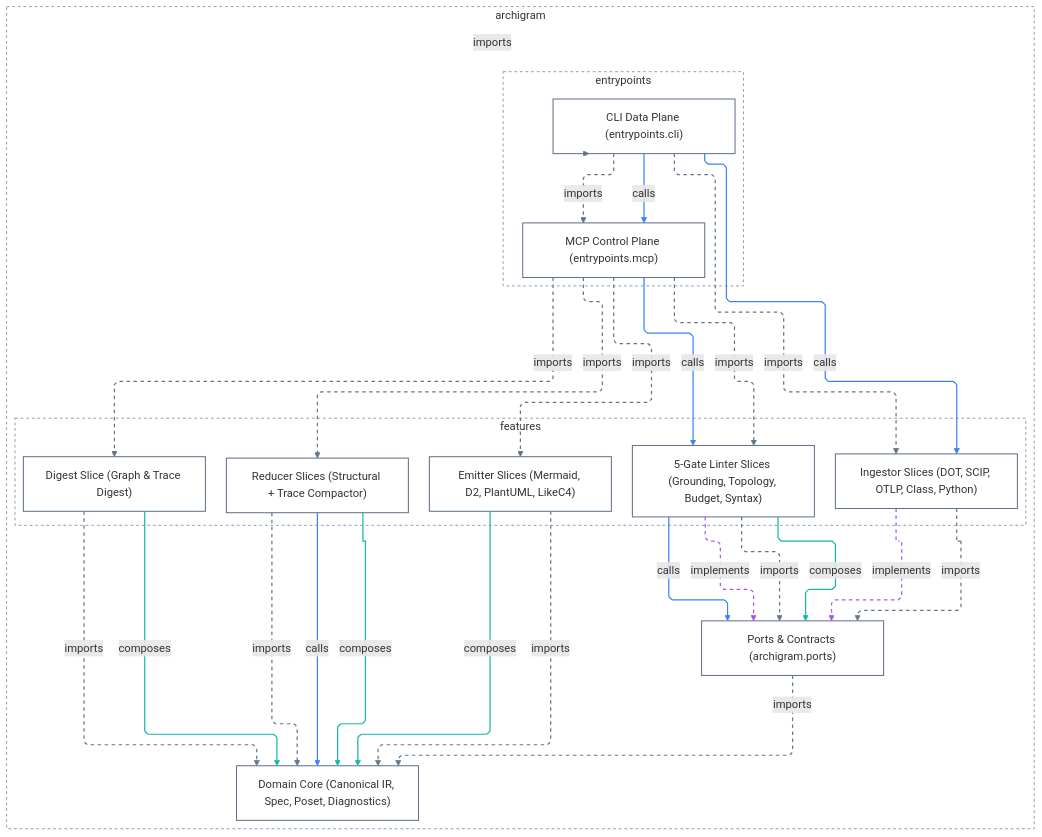
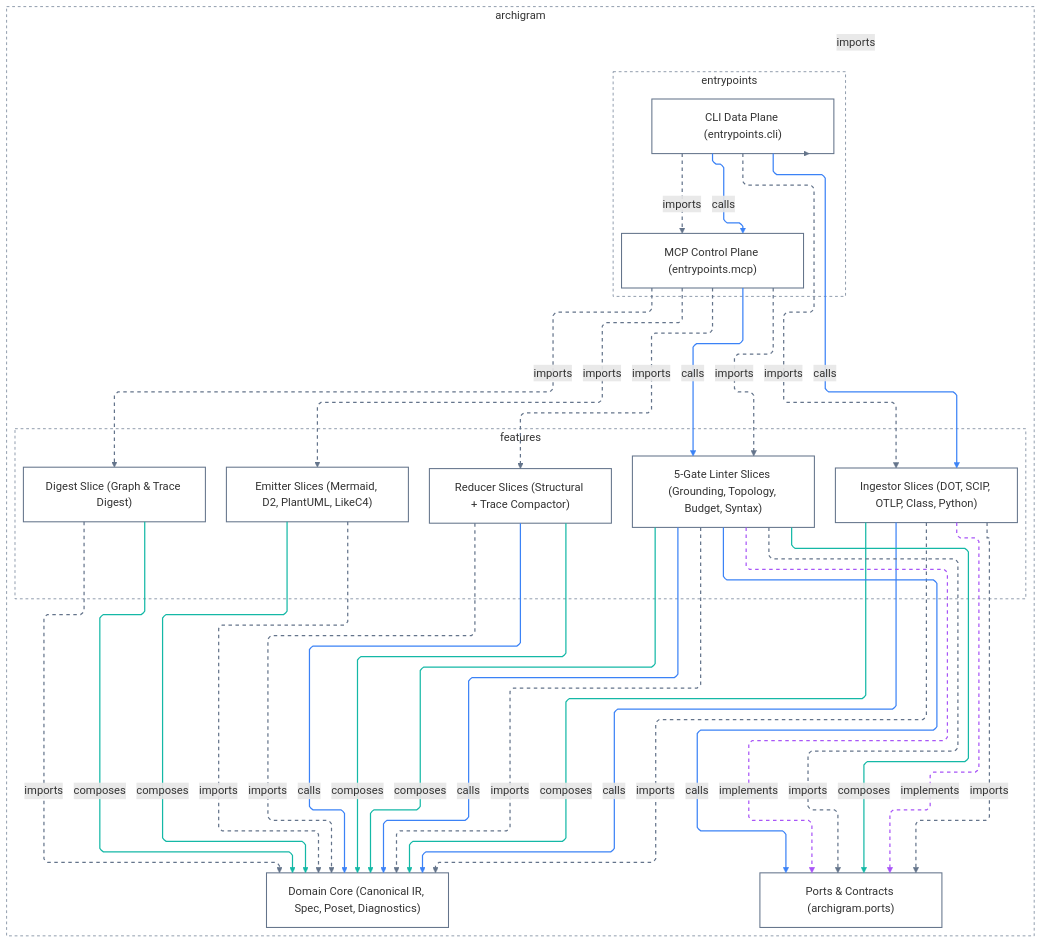
One commit to klcd/archigram changed the diagram in docs/architecture/L0-system-and-rings.md. Above: the diagram before and after it, drawn with Mermaid. The commit also changed 39 other files, not shown here.

````diff
--- a/docs/architecture/L0-system-and-rings.md
+++ b/docs/architecture/L0-system-and-rings.md
@@ -36,60 +36,65 @@
 ```mermaid
 ---
 config:
   layout: elk
   elk:
     mergeEdges: false
     nodePlacementStrategy: BRANDES_KOEPF
   flowchart:
     defaultRenderer: elk
     curve: linear
 ---
 flowchart TD
   classDef default fill:transparent,stroke:#64748b,stroke-width:1.5px
   subgraph n0["archigram"]
     subgraph n1["entrypoints"]
       n3["CLI Data Plane (entrypoints.cli)"]
       n10["MCP Control Plane (entrypoints.mcp)"]
     end
     subgraph n2["features"]
       n5["Digest Slice (Graph & Trace Digest)"]
       n6["Emitter Slices (Mermaid, D2, PlantUML, LikeC4)"]
       n7["Ingestor Slices (DOT, SCIP, OTLP, Class, Python)"]
       n8["5-Gate Linter Slices (Grounding, Topology, Budget, Syntax)"]
       n9["Reducer Slices (Structural + Trace Compactor)"]
     end
     n4["Domain Core (Canonical IR, Spec, Poset, Diagnostics)"]
     n11["Ports & Contracts (archigram.ports)"]
   end
   style n0 fill:transparent,stroke:#64748b,stroke-width:1px,stroke-dasharray:4 4
   style n1 fill:transparent,stroke:#64748b,stroke-width:1px,stroke-dasharray:4 4
   style n2 fill:transparent,stroke:#64748b,stroke-width:1px,stroke-dasharray:4 4
   n3 -.->|"imports"| n0
+  n7 -->|"composes"| n4
+  n8 -->|"composes"| n4
+  n7 -->|"calls"| n4
   n5 -.->|"imports"| n4
   n5 -->|"composes"| n4
   n9 -.->|"imports"| n4
   n9 -->|"calls"| n4
-  n11 -.->|"imports"| n4
   n9 -->|"composes"| n4
+  n7 -.->|"imports"| n4
+  n8 -.->|"imports"| n4
+  n8 -->|"calls"| n4
   n6 -.->|"imports"| n4
   n6 -->|"composes"| n4
   n10 -.->|"imports"| n5
   n10 -.->|"imports"| n6
   n3 -->|"calls"| n7
   n3 -.->|"imports"| n7
   n10 -.->|"imports"| n8
   n10 -->|"calls"| n8
   n10 -.->|"imports"| n9
   n3 -->|"calls"| n10
   n3 -.->|"imports"| n10
   n8 -.->|"implements"| n11
   n8 -.->|"imports"| n11
   n7 -.->|"implements"| n11
   n7 -.->|"imports"| n11
   n8 -->|"composes"| n11
   n8 -->|"calls"| n11
-  linkStyle 0,1,3,5,7,9,10,12,13,15,17,19,21 stroke:#64748b,stroke-width:1.75px,stroke-dasharray:5 5
-  linkStyle 2,6,8,22 stroke:#14b8a6,stroke-width:1.75px
-  linkStyle 4,11,14,16,23 stroke:#3b82f6,stroke-width:1.75px
-  linkStyle 18,20 stroke:#a855f7,stroke-width:1.75px,stroke-dasharray:5 5
+  linkStyle 0,4,6,9,10,12,14,15,17,18,20,22,24,26 stroke:#64748b,stroke-width:1.75px,stroke-dasharray:5 5
+  linkStyle 1,2,5,8,13,27 stroke:#14b8a6,stroke-width:1.75px
+  linkStyle 3,7,11,16,19,21,28 stroke:#3b82f6,stroke-width:1.75px
+  linkStyle 23,25 stroke:#a855f7,stroke-width:1.75px,stroke-dasharray:5 5
 ```
````
